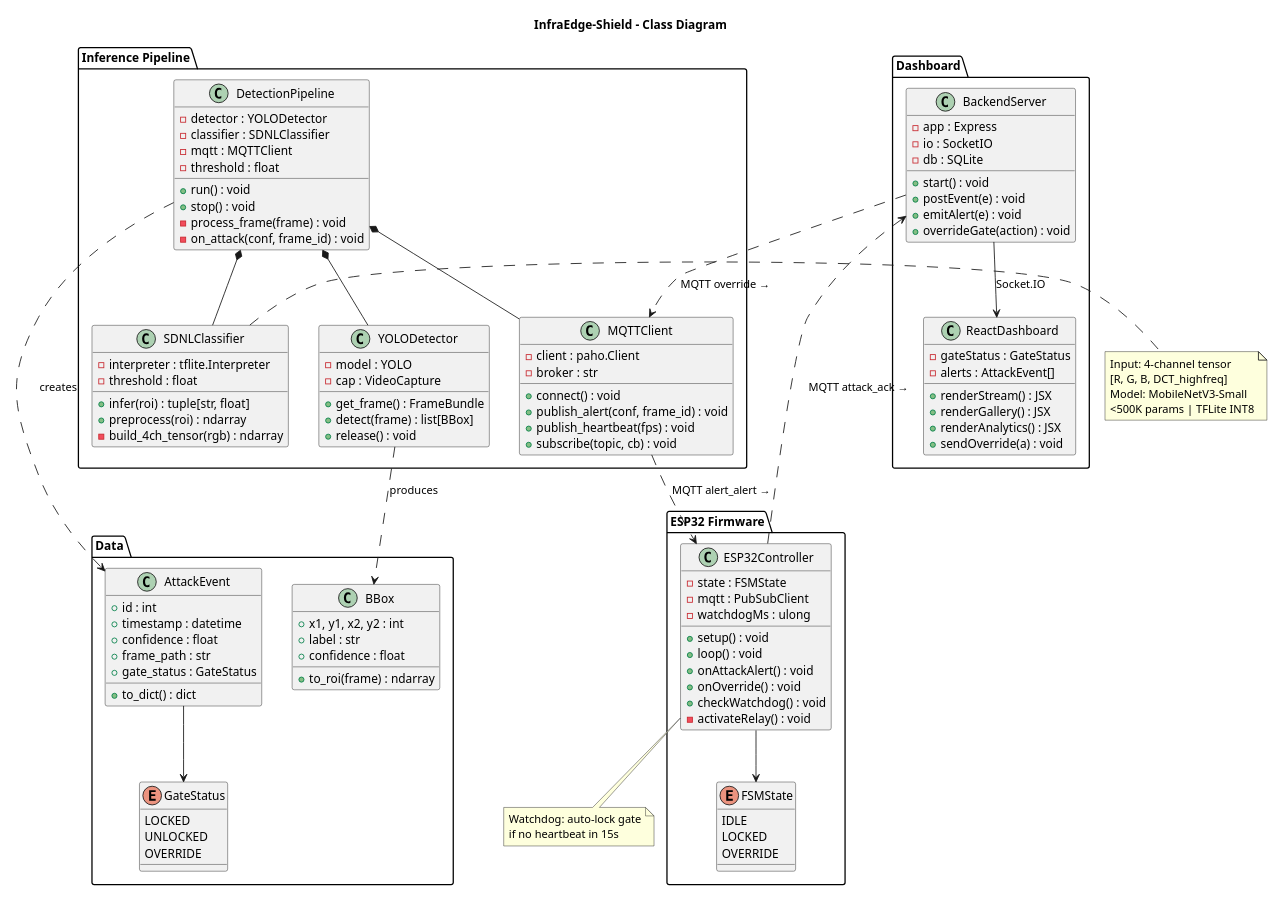
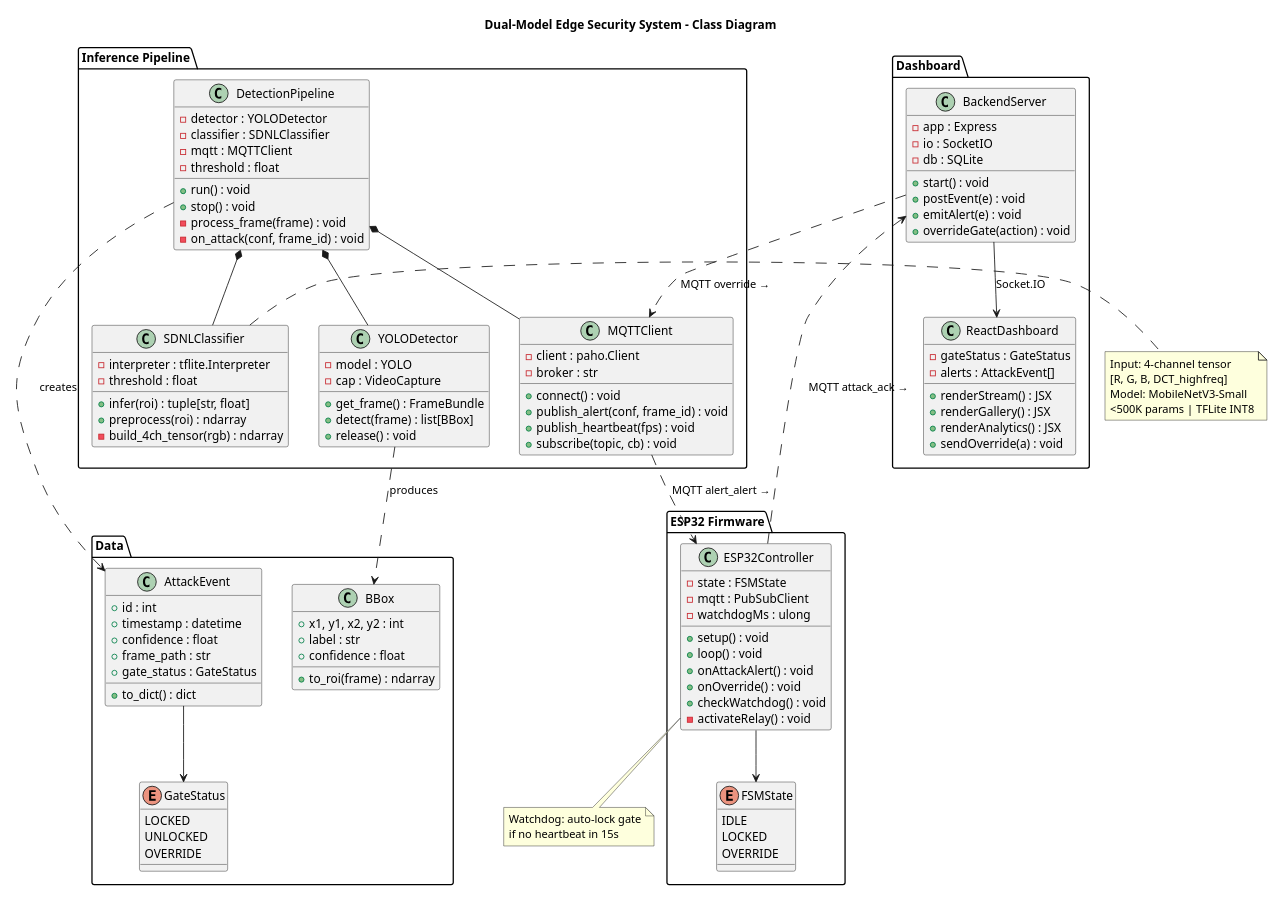
One commit to Prasannaa-V/Adversarial-Patch-Attack changed the second of 3 diagrams in docs/diagram_sources.md. Above: the diagram before and after it, drawn with PlantUML. The commit also changed other lines of this file and 20 other files, not shown here.

```diff
--- a/docs/diagram_sources.md
+++ b/docs/diagram_sources.md
@@ -153,7 +153,7 @@
 @startuml
 scale 800 width
 
-title InfraEdge-Shield - Class Diagram
+title Dual-Model Edge Security System - Class Diagram
 
 package "Inference Pipeline" {
   class DetectionPipeline {
```
